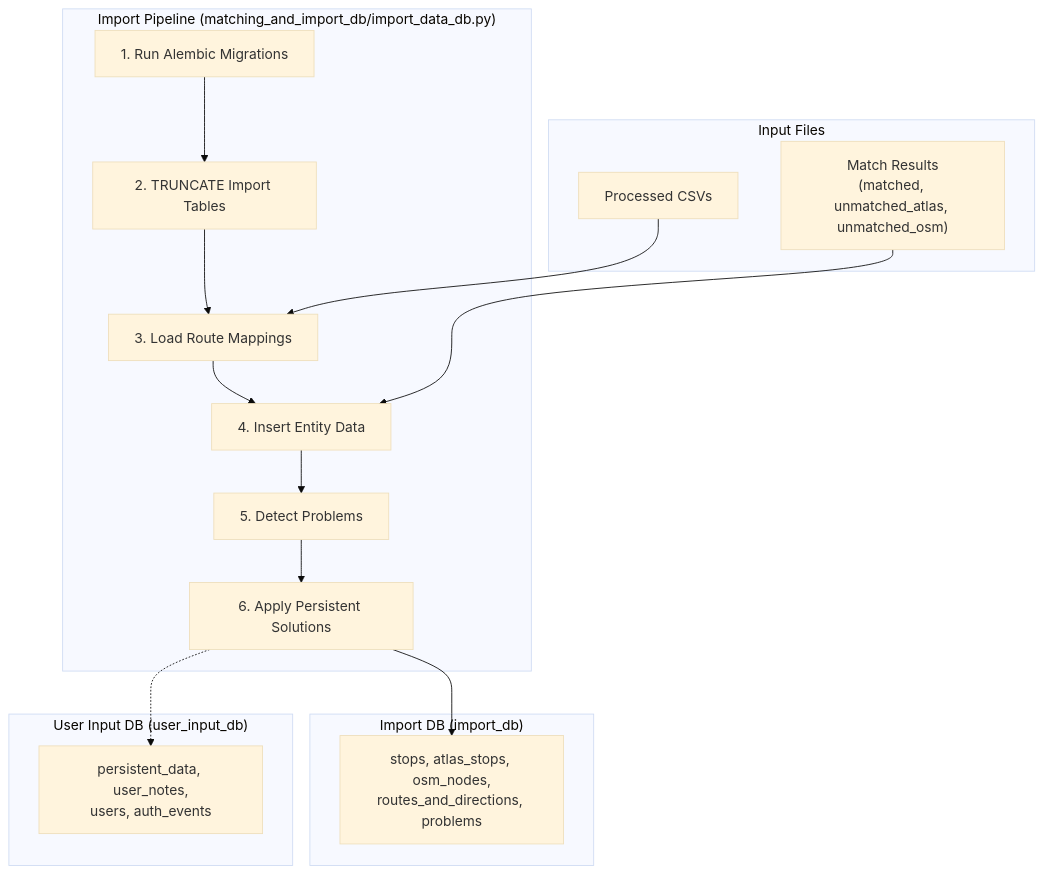
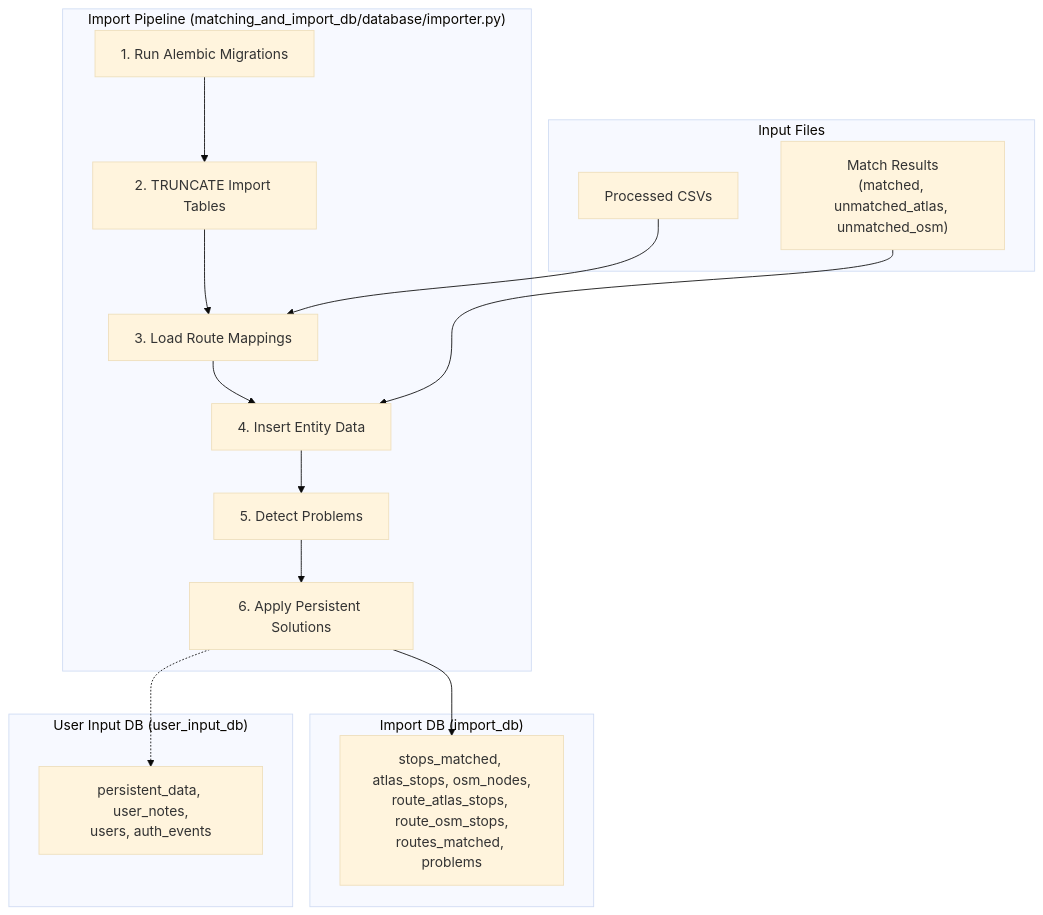
Before and after one commit to openTdataCH/stop_sync_osm_atlas: the diagram in documentation/4.3 Import Process.md, drawn with Mermaid (base theme). The commit also changed other lines of this file and 44 other files, not shown here.

````diff
--- a/documentation/4.3 Import Process.md
+++ b/documentation/4.3 Import Process.md
@@ -7,30 +7,30 @@
 ```mermaid
 flowchart TB
     subgraph Input["Input Files"]
         CSV["Processed CSVs"]
         Match["Match Results<br/>(matched, unmatched_atlas, unmatched_osm)"]
     end
     
-    subgraph Import["Import Pipeline (matching_and_import_db/import_data_db.py)"]
+    subgraph Import["Import Pipeline (matching_and_import_db/database/importer.py)"]
         M["1. Run Alembic Migrations"]
         C["2. TRUNCATE Import Tables"]
         R["3. Load Route Mappings"]
         I["4. Insert Entity Data"]
         P["5. Detect Problems"]
         A["6. Apply Persistent Solutions"]
         M --> C --> R --> I --> P --> A
     end
     
     subgraph ImportDB["Import DB (import_db)"]
-        Op["stops, atlas_stops, osm_nodes,<br/>routes_and_directions, problems"]
+        Op["stops_matched, atlas_stops, osm_nodes,<br/>route_atlas_stops, route_osm_stops,<br/>routes_matched, problems"]
     end
     
     subgraph UserDB["User Input DB (user_input_db)"]
         Per["persistent_data, user_notes,<br/>users, auth_events"]
     end
     
     CSV --> R
     Match --> I
     A --> Op
     A -.-> Per
 ```
````
